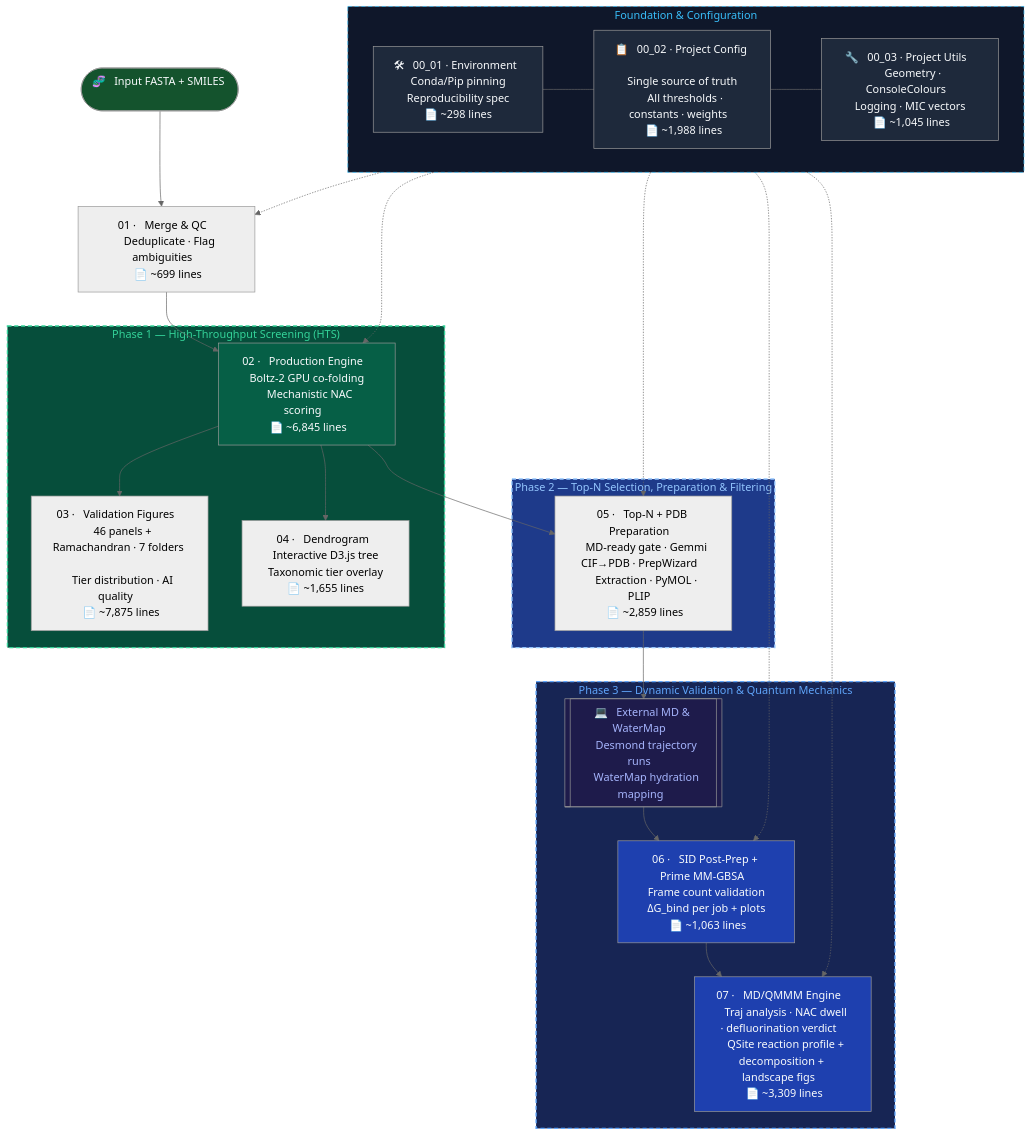
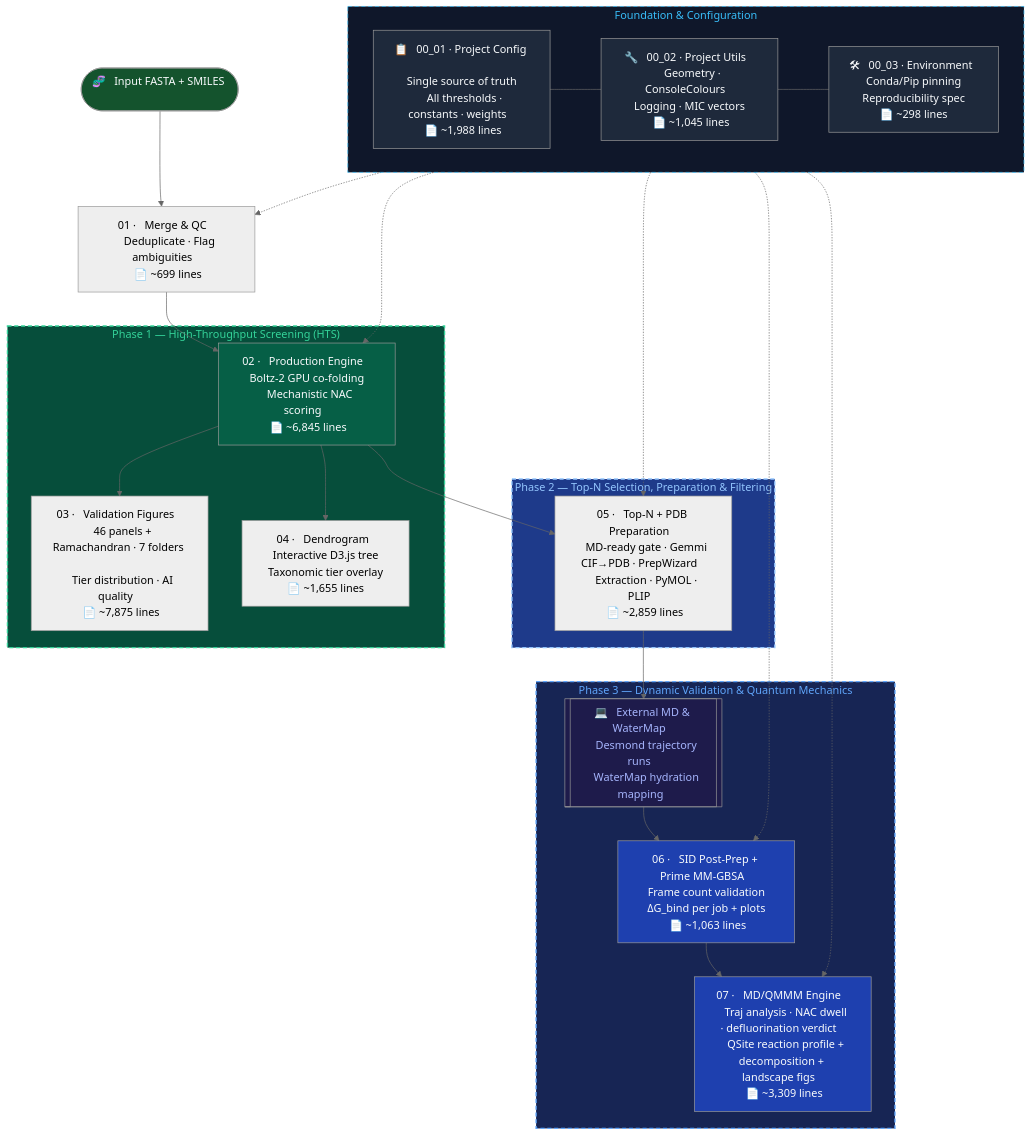
The diagram in README.md (KU-MGB/DeFluorX), drawn with Mermaid (neutral theme) before and after one commit. The commit also changed other lines of this file and 13 other files, not shown here.

````diff
--- a/README.md
+++ b/README.md
@@ -189,56 +189,56 @@
 ```mermaid
 flowchart TD
     subgraph FOUNDATION["  Foundation & Configuration  "]
-        ENV["🛠 &nbsp; 00_01 · Environment &nbsp; \n &nbsp; Conda/Pip pinning &nbsp; \n &nbsp; Reproducibility spec &nbsp; \n &nbsp; 📄 ~298 lines &nbsp; "]
-        CFG["📋 &nbsp; 00_02 · Project Config &nbsp; \n &nbsp; Single source of truth &nbsp; \n &nbsp; All thresholds · constants · weights &nbsp; \n &nbsp; 📄 ~1,988 lines &nbsp; "]
-        UTL["🔧 &nbsp; 00_03 · Project Utils &nbsp; \n &nbsp; Geometry · ConsoleColours &nbsp; \n &nbsp; Logging · MIC vectors &nbsp; \n &nbsp; 📄 ~1,045 lines &nbsp; "]
-        ENV --- CFG --- UTL
+        CFG["📋 &nbsp; 00_01 · Project Config &nbsp; \n &nbsp; Single source of truth &nbsp; \n &nbsp; All thresholds · constants · weights &nbsp; \n &nbsp; 📄 ~1,988 lines &nbsp; "]
+        UTL["🔧 &nbsp; 00_02 · Project Utils &nbsp; \n &nbsp; Geometry · ConsoleColours &nbsp; \n &nbsp; Logging · MIC vectors &nbsp; \n &nbsp; 📄 ~1,045 lines &nbsp; "]
+        ENV["🛠 &nbsp; 00_03 · Environment &nbsp; \n &nbsp; Conda/Pip pinning &nbsp; \n &nbsp; Reproducibility spec &nbsp; \n &nbsp; 📄 ~298 lines &nbsp; "]
+        CFG --- UTL --- ENV
     end
 
     START([🧬 &nbsp; Input FASTA + SMILES &nbsp;]) --> M1
     M1["01 · &nbsp; Merge & QC &nbsp; \n &nbsp; Deduplicate · Flag ambiguities &nbsp; \n &nbsp; 📄 ~699 lines &nbsp; "] --> M2
 
     subgraph PHASE1["  Phase 1 — High-Throughput Screening (HTS)  "]
         M2["02 · &nbsp; Production Engine &nbsp; \n &nbsp; Boltz-2 GPU co-folding &nbsp; \n &nbsp; Mechanistic NAC scoring &nbsp; \n &nbsp; 📄 ~6,845 lines &nbsp; "]
         M3["03 · &nbsp; Validation Figures &nbsp; \n &nbsp; 46 panels + Ramachandran · 7 folders &nbsp; \n &nbsp; Tier distribution · AI quality &nbsp; \n &nbsp; 📄 ~7,875 lines &nbsp; "]
         M4["04 · &nbsp; Dendrogram &nbsp; \n &nbsp; Interactive D3.js tree &nbsp; \n &nbsp; Taxonomic tier overlay &nbsp; \n &nbsp; 📄 ~1,655 lines &nbsp; "]
         M2 --> M3
         M2 --> M4
     end
 
     M2 --> M5
 
     subgraph PHASE2["  Phase 2 — Top-N Selection, Preparation & Filtering  "]
         M5["05 · &nbsp; Top-N + PDB Preparation &nbsp; \n &nbsp; MD-ready gate · Gemmi CIF→PDB · PrepWizard &nbsp; \n &nbsp; Extraction · PyMOL · PLIP &nbsp; \n &nbsp; 📄 ~2,859 lines &nbsp; "]
     end
 
     M5 --> EXT_MD
 
     subgraph PHASE3["  Phase 3 — Dynamic Validation & Quantum Mechanics  "]
         EXT_MD[["💻 &nbsp; External MD & WaterMap &nbsp; \n &nbsp; Desmond trajectory runs &nbsp; \n &nbsp; WaterMap hydration mapping &nbsp;"]]
         M6["06 · &nbsp; SID Post-Prep + Prime MM-GBSA &nbsp; \n &nbsp; Frame count validation &nbsp; \n &nbsp; ΔG_bind per job + plots &nbsp; \n &nbsp; 📄 ~1,063 lines &nbsp; "]
         M7["07 · &nbsp; MD/QMMM Engine &nbsp; \n &nbsp; Traj analysis · NAC dwell · defluorination verdict &nbsp; \n &nbsp; QSite reaction profile + decomposition + landscape figs &nbsp; \n &nbsp; 📄 ~3,309 lines &nbsp; "]
         EXT_MD --> M6 --> M7
     end
 
     %% Dependencies
     FOUNDATION -.-> M1
     FOUNDATION -.-> M2
     FOUNDATION -.-> M5
     FOUNDATION -.-> M6
     FOUNDATION -.-> M7
 
     style FOUNDATION fill:#0f172a,color:#38bdf8,stroke:#38bdf8
     style CFG fill:#1e293b,color:#f8fafc
     style UTL fill:#1e293b,color:#f8fafc
     style ENV fill:#1e293b,color:#f8fafc
     style PHASE1 fill:#064e3b,color:#34d399,stroke:#34d399,stroke-width:2px,stroke-dasharray: 6 4
     style PHASE2 fill:#1e3a8a,color:#93c5fd,stroke:#93c5fd,stroke-width:2px,stroke-dasharray: 6 4
     style PHASE3 fill:#172554,color:#60a5fa,stroke:#60a5fa,stroke-width:2px,stroke-dasharray: 6 4
     style FOUNDATION stroke-dasharray: 6 4
     style M2 fill:#065f46,color:#f8fafc
     style M6 fill:#1e40af,color:#f8fafc
     style M7 fill:#1e40af,color:#f8fafc
     style START fill:#14532d,color:#f8fafc
     style EXT_MD fill:#1e1b4b,color:#a5b4fc
 ```
````
